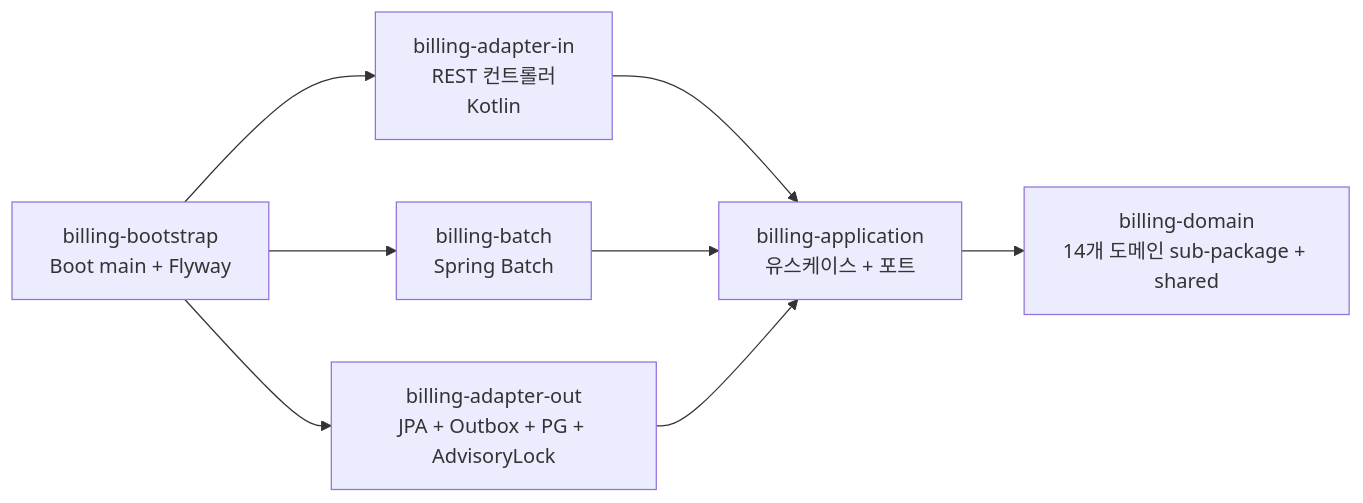
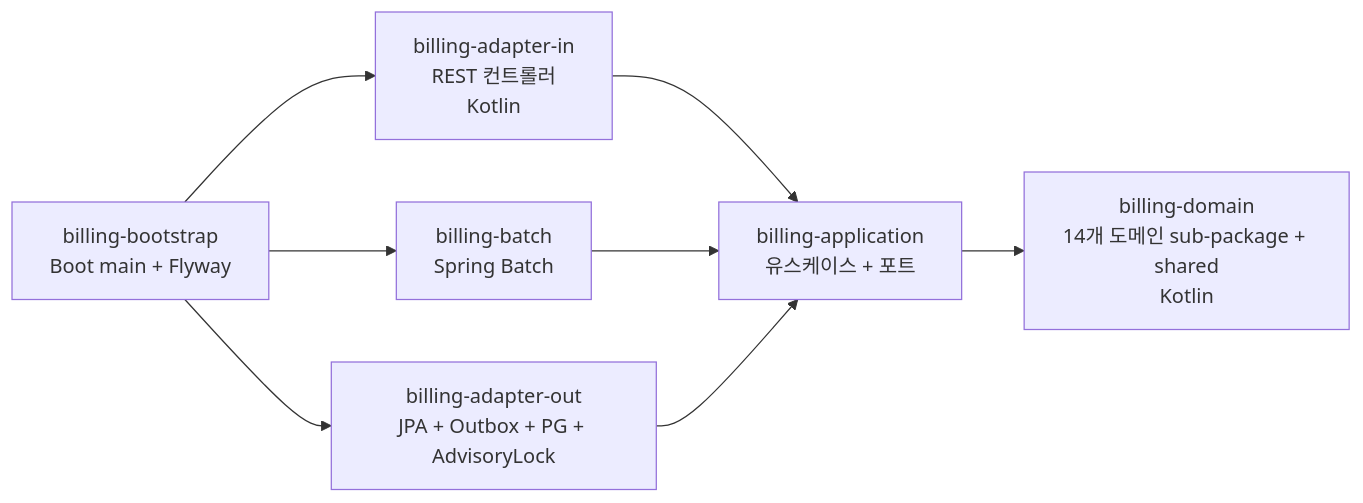
One commit to ssa1004/billing-platform changed the second of 3 diagrams in README.md. Above: the diagram before and after it, drawn with Mermaid. The commit also changed other lines of this file, not shown here.

Commit message:
docs: billing-domain 전체 Kotlin 전환 반영
billing-domain 14개 sub-package 가 모두 Kotlin 으로 전환되어
README 의 기술 스택 / 모듈 구조 다이어그램 갱신:
- Language 항목을 "Java 21, Kotlin (adapter-in 모듈)" 에서
  모듈별 언어 구분으로 정정 — domain / adapter-in 은 Kotlin,
  application / adapter-out / batch 는 Java 21
- 모듈 구조 다이어그램의 billing-domain 노드에 Kotlin 라벨 추가

````diff
--- a/README.md
+++ b/README.md
@@ -117,17 +117,17 @@
 ```mermaid
 graph LR
     in[billing-adapter-in<br/>REST 컨트롤러<br/>Kotlin]
     app[billing-application<br/>유스케이스 + 포트]
-    domain[billing-domain<br/>14개 도메인 sub-package + shared]
+    domain[billing-domain<br/>14개 도메인 sub-package + shared<br/>Kotlin]
     out[billing-adapter-out<br/>JPA + Outbox + PG + AdvisoryLock]
     batch[billing-batch<br/>Spring Batch]
     boot[billing-bootstrap<br/>Boot main + Flyway]
 
     in --> app
     boot --> in
     boot --> out
     boot --> batch
     batch --> app
     out --> app
     app --> domain
 ```
````
